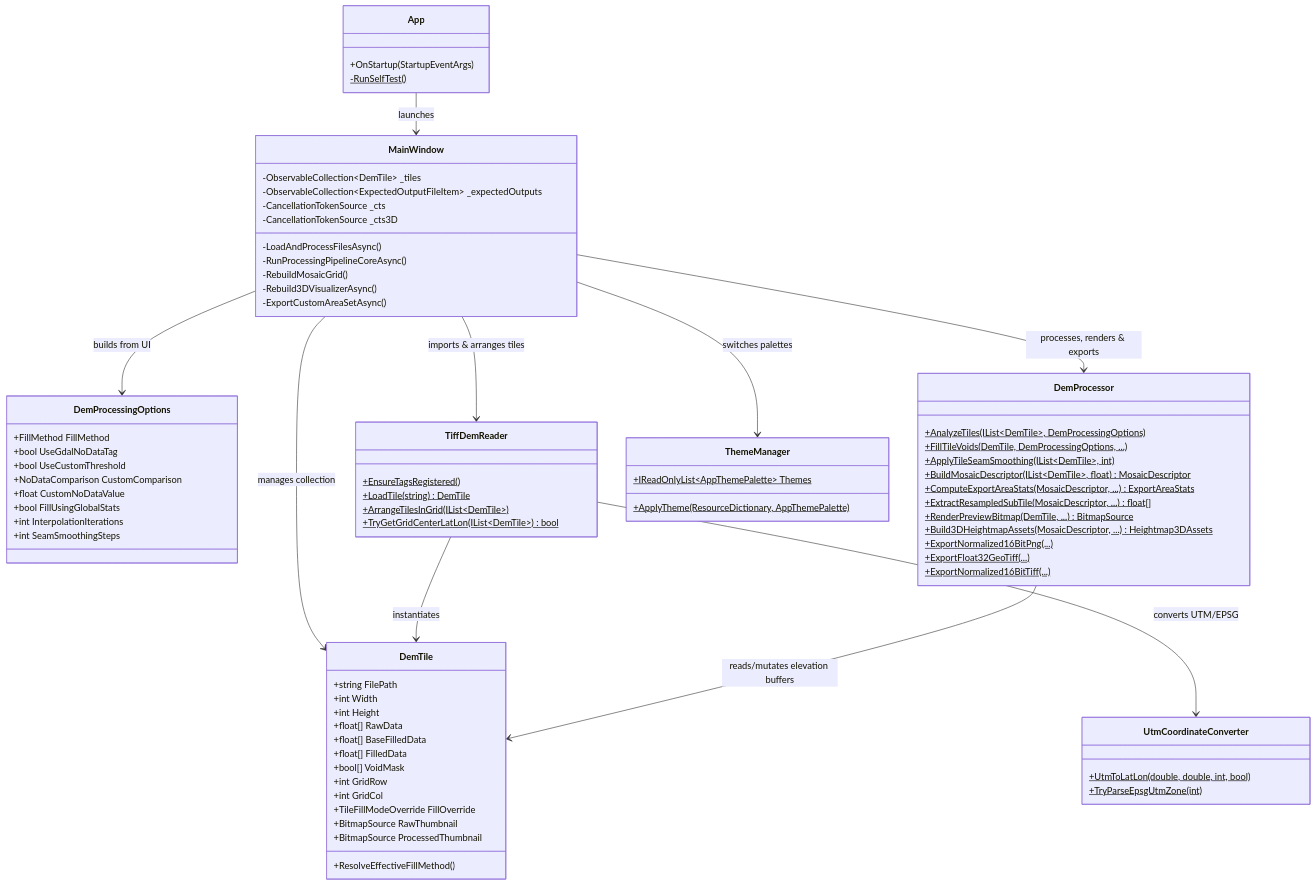
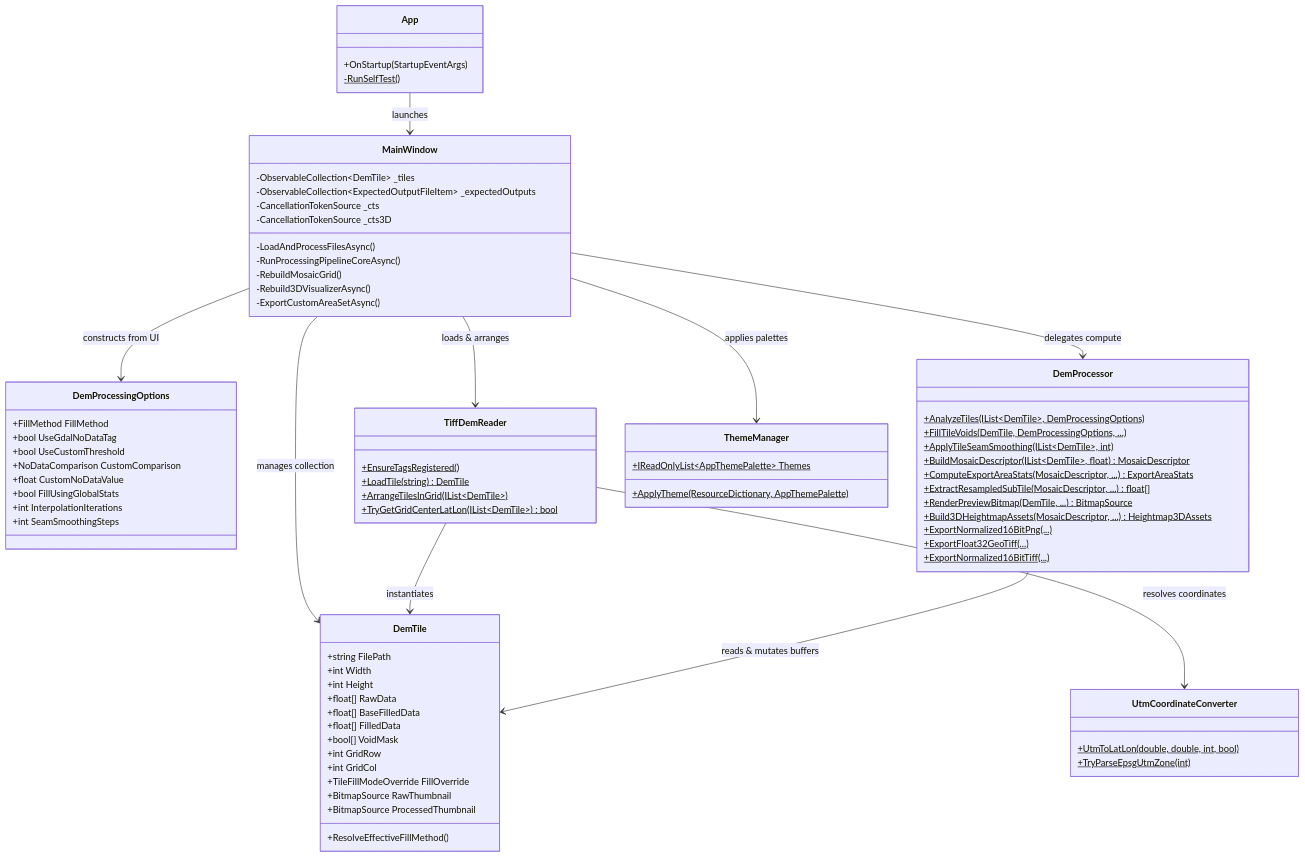
One commit to redlaser42/DemCleaner changed the first of 2 diagrams in ARCHITECTURE.md. Above: the diagram before and after it, drawn with Mermaid. The commit also changed other lines of this file, not shown here.

First line of the commit message:
Update ARCHITECTURE.md

````diff
--- a/ARCHITECTURE.md
+++ b/ARCHITECTURE.md
@@ -58,80 +59,80 @@
 ```mermaid
 classDiagram
     class App {
         +OnStartup(StartupEventArgs)
         -RunSelfTest()$
     }
     class MainWindow {
         -ObservableCollection~DemTile~ _tiles
         -ObservableCollection~ExpectedOutputFileItem~ _expectedOutputs
         -CancellationTokenSource _cts
         -CancellationTokenSource _cts3D
         -LoadAndProcessFilesAsync()
         -RunProcessingPipelineCoreAsync()
         -RebuildMosaicGrid()
         -Rebuild3DVisualizerAsync()
         -ExportCustomAreaSetAsync()
     }
     class DemTile {
         +string FilePath
         +int Width
         +int Height
         +float[] RawData
         +float[] BaseFilledData
         +float[] FilledData
         +bool[] VoidMask
         +int GridRow
         +int GridCol
         +TileFillModeOverride FillOverride
         +BitmapSource RawThumbnail
         +BitmapSource ProcessedThumbnail
         +ResolveEffectiveFillMethod()
     }
     class DemProcessingOptions {
         +FillMethod FillMethod
         +bool UseGdalNoDataTag
         +bool UseCustomThreshold
         +NoDataComparison CustomComparison
         +float CustomNoDataValue
         +bool FillUsingGlobalStats
         +int InterpolationIterations
         +int SeamSmoothingSteps
     }
     class TiffDemReader {
         +EnsureTagsRegistered()$
         +LoadTile(string)$ DemTile
         +ArrangeTilesInGrid(IList~DemTile~)$
         +TryGetGridCenterLatLon(IList~DemTile~)$ bool
     }
     class DemProcessor {
         +AnalyzeTiles(IList~DemTile~, DemProcessingOptions)$
         +FillTileVoids(DemTile, DemProcessingOptions, ...)$
         +ApplyTileSeamSmoothing(IList~DemTile~, int)$
         +BuildMosaicDescriptor(IList~DemTile~, float)$ MosaicDescriptor
         +ComputeExportAreaStats(MosaicDescriptor, ...)$ ExportAreaStats
         +ExtractResampledSubTile(MosaicDescriptor, ...)$ float[]
         +RenderPreviewBitmap(DemTile, ...)$ BitmapSource
         +Build3DHeightmapAssets(MosaicDescriptor, ...)$ Heightmap3DAssets
         +ExportNormalized16BitPng(...)$
         +ExportFloat32GeoTiff(...)$
         +ExportNormalized16BitTiff(...)$
     }
     class UtmCoordinateConverter {
         +UtmToLatLon(double, double, int, bool)$
         +TryParseEpsgUtmZone(int)$
     }
     class ThemeManager {
         +IReadOnlyList~AppThemePalette~ Themes$
         +ApplyTheme(ResourceDictionary, AppThemePalette)$
     }
 
     App --> MainWindow : launches
     MainWindow --> DemTile : manages collection
-    MainWindow --> DemProcessingOptions : builds from UI
-    MainWindow --> TiffDemReader : imports & arranges tiles
-    MainWindow --> DemProcessor : processes, renders & exports
-    MainWindow --> ThemeManager : switches palettes
+    MainWindow --> DemProcessingOptions : constructs from UI
+    MainWindow --> TiffDemReader : loads & arranges
+    MainWindow --> DemProcessor : delegates compute
+    MainWindow --> ThemeManager : applies palettes
     TiffDemReader --> DemTile : instantiates
-    TiffDemReader --> UtmCoordinateConverter : converts UTM/EPSG
-    DemProcessor --> DemTile : reads/mutates elevation buffers
+    TiffDemReader --> UtmCoordinateConverter : resolves coordinates
+    DemProcessor --> DemTile : reads & mutates buffers
 ```
````
